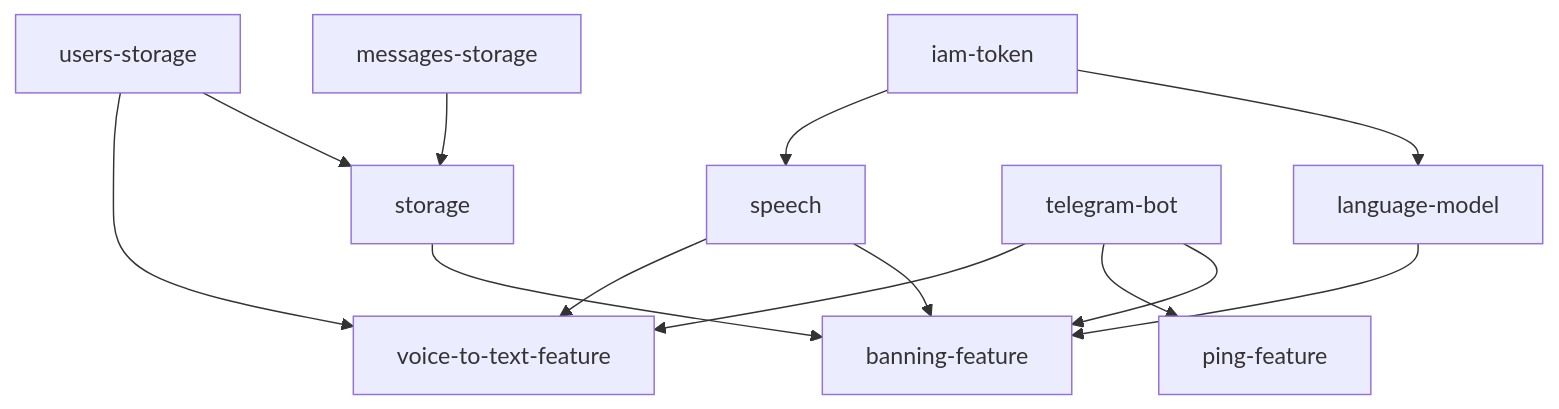
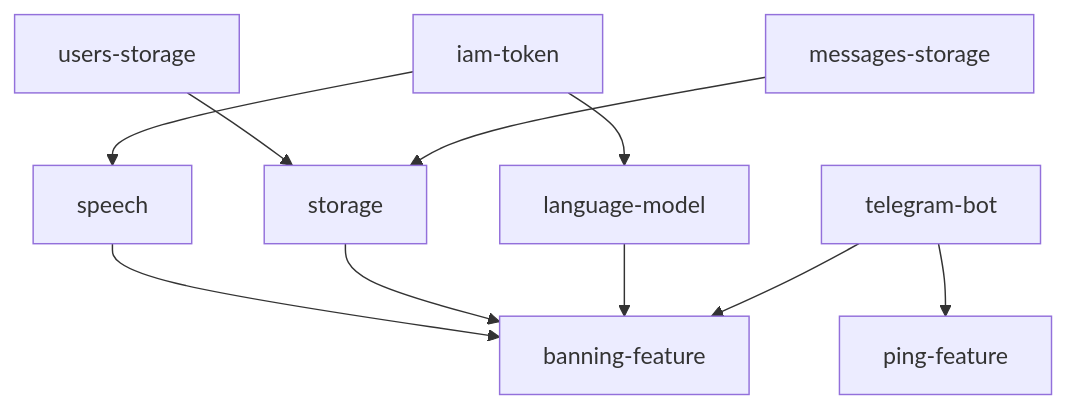
The diagram in README.md (ThingsInLoop/vitalik-lamar), drawn with Mermaid before and after one commit. The commit also changed 2 other files, not shown here.

Commit message:
remove users check from voice_to_text feature add draw mode redraw readme

````diff
--- a/README.md
+++ b/README.md
@@ -14,25 +14,21 @@
  ```mermaid
 flowchart TD
-    voice-to-text-feature;
     speech;
     ping-feature;
     banning-feature;
     storage;
     language-model;
     telegram-bot;
     iam-token;
     messages-storage;
     users-storage;
-    users-storage --> voice-to-text-feature;
-    telegram-bot --> voice-to-text-feature;
-    speech --> voice-to-text-feature;
     iam-token --> speech;
     telegram-bot --> ping-feature;
-    storage --> banning-feature;
     telegram-bot --> banning-feature;
     language-model --> banning-feature;
+    storage --> banning-feature;
     speech --> banning-feature;
+    messages-storage --> storage;
     users-storage --> storage;
-    messages-storage --> storage;
     iam-token --> language-model;
 ```
````
